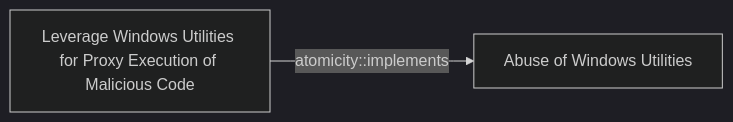
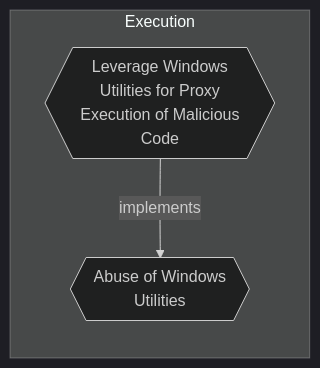
One commit to opentidehq/library changed the diagram in docs/threats/leverage-windows-utilities-for-proxy-execution-of-malicious-code.md. Above: the diagram before and after it, drawn with Mermaid (dark theme). The commit also changed other lines of this file and 540 other files, not shown here.

````diff
--- a/docs/threats/leverage-windows-utilities-for-proxy-execution-of-malicious-code.md
+++ b/docs/threats/leverage-windows-utilities-for-proxy-execution-of-malicious-code.md
@@ -139,6 +149,8 @@
 ```mermaid
 flowchart LR
-426a0ab5_66e7_4149_82b0_6357a1cf4b4b["Leverage Windows Utilities for Proxy Execution of Malicious Code"]
-d5039f2c_9fcc_4ba3_ad6a_da8c891ba745["Abuse of Windows Utilities"]
-426a0ab5_66e7_4149_82b0_6357a1cf4b4b -->|atomicity::implements| d5039f2c_9fcc_4ba3_ad6a_da8c891ba745
+subgraph "Execution"
+426a0ab5_66e7_4149_82b0_6357a1cf4b4b{{"Leverage Windows<br>Utilities for Proxy<br>Execution of Malicious<br>Code"}}
+d5039f2c_9fcc_4ba3_ad6a_da8c891ba745{{"Abuse of Windows<br>Utilities"}}
+end
+426a0ab5_66e7_4149_82b0_6357a1cf4b4b -->|implements| d5039f2c_9fcc_4ba3_ad6a_da8c891ba745
 ```
````
